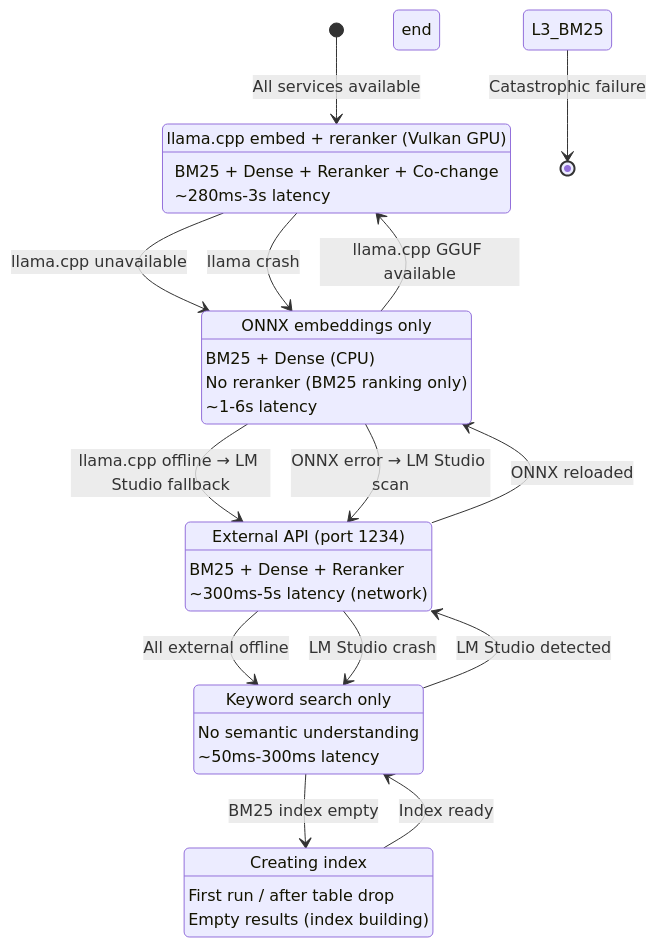
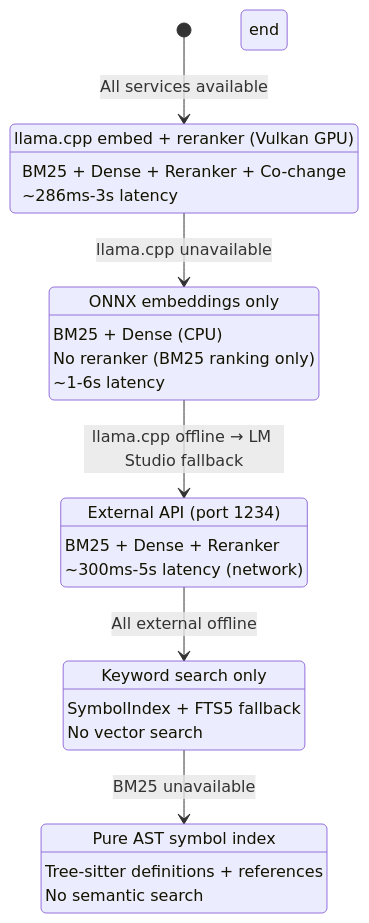
The first of 5 diagrams in docs/en/GRACEFUL_DEGRADATION.md (ManSio/mscodebase-intelligence), drawn with Mermaid before and after one commit. The commit also changed other lines of this file and 4 other files, not shown here.

````diff
--- a/docs/en/GRACEFUL_DEGRADATION.md
+++ b/docs/en/GRACEFUL_DEGRADATION.md
@@ -10,53 +10,43 @@
 ```mermaid
 stateDiagram-v2
     [*] --> L1_LLAMA: All services available
     
     state L1_LLAMA[Level 1: llama.cpp GGUF (GPU)]
         L1_LLAMA: llama.cpp embed + reranker (Vulkan GPU)
         L1_LLAMA: BM25 + Dense + Reranker + Co-change
-        L1_LLAMA: ~280ms-3s latency
+        L1_LLAMA: ~286ms-3s latency
     end
     
     L1_LLAMA --> L2_ONNX: llama.cpp unavailable
     
     state L2_ONNX[Level 2: ONNX Runtime (CPU)]
         L2_ONNX: ONNX embeddings only
         L2_ONNX: BM25 + Dense (CPU)
         L2_ONNX: No reranker (BM25 ranking only)
         L2_ONNX: ~1-6s latency
     end
     
     L2_ONNX --> L3_LM: llama.cpp offline → LM Studio fallback
     
     state L3_LM[Level 3: LM Studio (remote)]
         L3_LM: External API (port 1234)
         L3_LM: BM25 + Dense + Reranker
         L3_LM: ~300ms-5s latency (network)
     end
     
     L3_LM --> L4_BM25: All external offline
     
     state L4_BM25[Level 4: BM25 Only]
         L4_BM25: Keyword search only
-        L4_BM25: No semantic understanding
-        L4_BM25: ~50ms-300ms latency
+        L4_BM25: SymbolIndex + FTS5 fallback
+        L4_BM25: No vector search
     end
     
-    L4_BM25 --> L5_Fallback: BM25 index empty
+    L4_BM25 --> L5_SYMBOL: BM25 unavailable
     
-    state L5_Fallback[Level 5: Fallback]
-        L5_Fallback: Creating index
-        L5_Fallback: First run / after table drop
-        L5_Fallback: Empty results (index building)
+    state L5_SYMBOL[Level 5: SymbolIndex Only]
+        L5_SYMBOL: Pure AST symbol index
+        L5_SYMBOL: Tree-sitter definitions + references
+        L5_SYMBOL: No semantic search
     end
-    
-    L5_Fallback --> L4_BM25: Index ready
-    L4_BM25 --> L3_LM: LM Studio detected
-    L3_LM --> L2_ONNX: ONNX reloaded
-    L2_ONNX --> L1_LLAMA: llama.cpp GGUF available
-    
-    L1_LLAMA --> L2_ONNX: llama crash
-    L2_ONNX --> L3_LM: ONNX error → LM Studio scan
-    L3_LM --> L4_BM25: LM Studio crash
-    L3_BM25 --> [*]: Catastrophic failure
 ```
````
